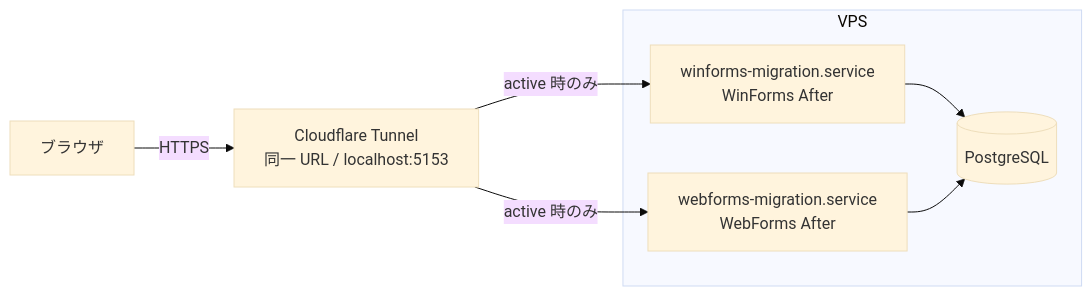
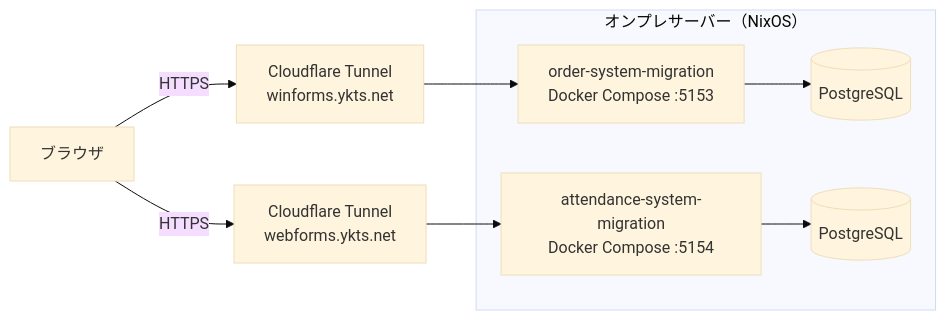
Before and after one commit to yktsnet/order-system-migration: the fourth of 4 diagrams in README.md, drawn with Mermaid (base theme). The commit also changed other lines of this file, not shown here.

````diff
--- a/README.md
+++ b/README.md
@@ -244,15 +278,18 @@
 ```mermaid
 graph LR
     User["ブラウザ"]
-    Tunnel["Cloudflare Tunnel\n同一 URL / localhost:5153"]
-    subgraph VPS["VPS"]
-        SVC1["winforms-migration.service\nWinForms After"]
-        SVC2["webforms-migration.service\nWebForms After"]
-        DB[("PostgreSQL")]
+    TunnelWIN["Cloudflare Tunnel\nwinforms.ykts.net"]
+    TunnelWF["Cloudflare Tunnel\nwebforms.ykts.net"]
+    subgraph SERVER["オンプレサーバー（NixOS）"]
+        SVC1["order-system-migration\nDocker Compose :5153"]
+        SVC2["attendance-system-migration\nDocker Compose :5154"]
+        DB1[("PostgreSQL")]
+        DB2[("PostgreSQL")]
     end
-    User -->|"HTTPS"| Tunnel
-    Tunnel -->|"active 時のみ"| SVC1
-    Tunnel -->|"active 時のみ"| SVC2
-    SVC1 --> DB
-    SVC2 --> DB
+    User -->|"HTTPS"| TunnelWIN
+    User -->|"HTTPS"| TunnelWF
+    TunnelWIN --> SVC1
+    TunnelWF --> SVC2
+    SVC1 --> DB1
+    SVC2 --> DB2
 ```
````
